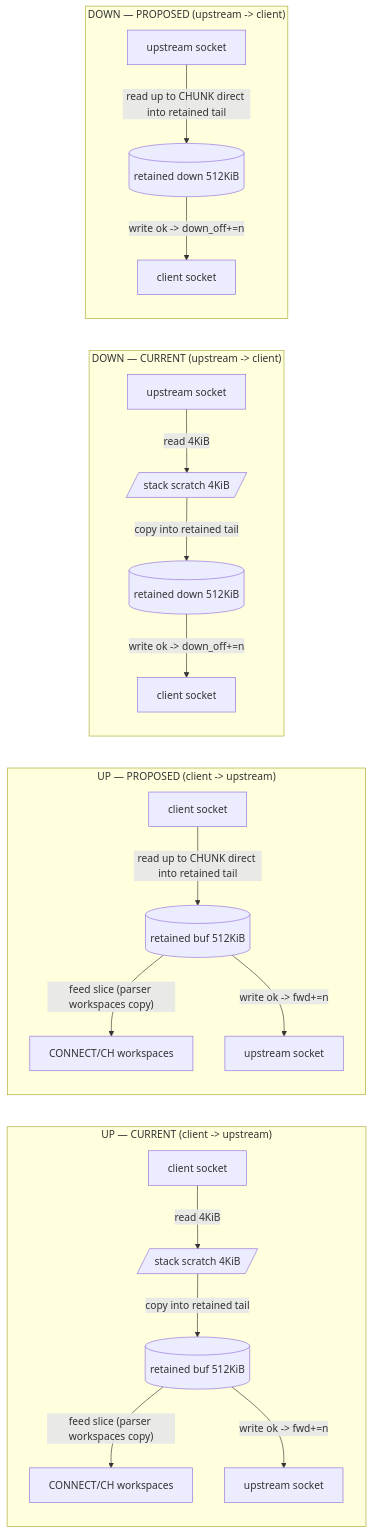
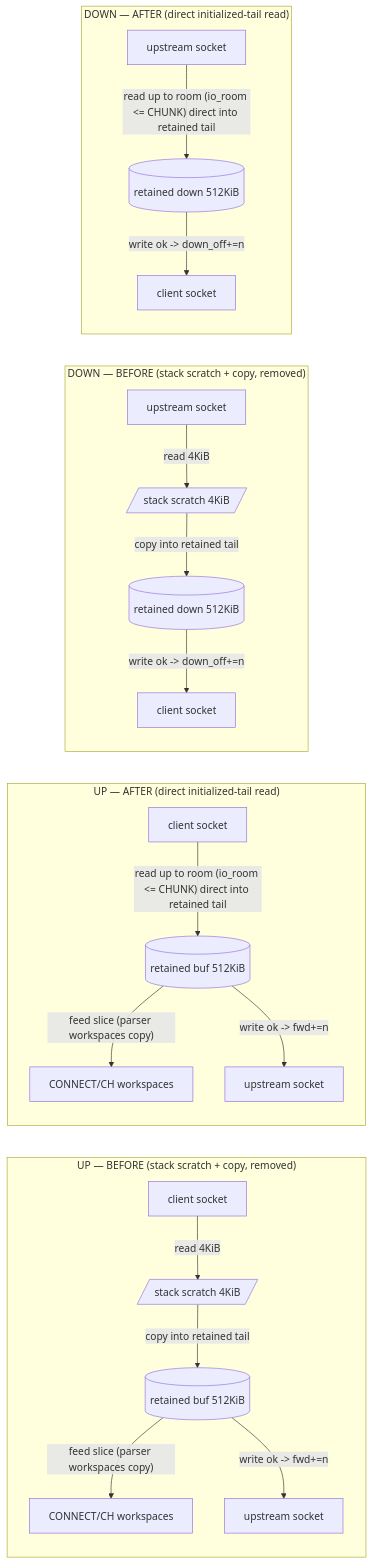
Before and after one commit to acje/alumina: the diagram in docs/reduced-copy-relay-plan.md, drawn with Mermaid. The commit also changed other lines of this file and 2 other files, not shown here.

First line of the commit message:
serving/docs: implement direct initialized-tail reads and publish reduced-copy plan (vdpi.3)

````diff
--- a/docs/reduced-copy-relay-plan.md
+++ b/docs/reduced-copy-relay-plan.md
@@ -303,23 +329,23 @@
 ```mermaid
 flowchart LR
-    subgraph UpCurrent["UP — CURRENT (client -> upstream)"]
+    subgraph UpBefore["UP — BEFORE (stack scratch + copy, removed)"]
         C1[client socket] -- "read 4KiB" --> S1[/stack scratch 4KiB/]
         S1 -- "copy into retained tail" --> B1[(retained buf 512KiB)]
         B1 -- "feed slice (parser workspaces copy)" --> P1[CONNECT/CH workspaces]
         B1 -- "write ok -> fwd+=n" --> U1[upstream socket]
     end
-    subgraph UpProposed["UP — PROPOSED (client -> upstream)"]
-        C2[client socket] -- "read up to CHUNK direct into retained tail" --> B2[(retained buf 512KiB)]
+    subgraph UpAfter["UP — AFTER (direct initialized-tail read)"]
+        C2[client socket] -- "read up to room (io_room <= CHUNK) direct into retained tail" --> B2[(retained buf 512KiB)]
         B2 -- "feed slice (parser workspaces copy)" --> P2[CONNECT/CH workspaces]
         B2 -- "write ok -> fwd+=n" --> U2[upstream socket]
     end
-    subgraph DownCurrent["DOWN — CURRENT (upstream -> client)"]
+    subgraph DownBefore["DOWN — BEFORE (stack scratch + copy, removed)"]
         U3[upstream socket] -- "read 4KiB" --> S3[/stack scratch 4KiB/]
         S3 -- "copy into retained tail" --> B3[(retained down 512KiB)]
         B3 -- "write ok -> down_off+=n" --> C3[client socket]
     end
-    subgraph DownProposed["DOWN — PROPOSED (upstream -> client)"]
-        U4[upstream socket] -- "read up to CHUNK direct into retained tail" --> B4[(retained down 512KiB)]
+    subgraph DownAfter["DOWN — AFTER (direct initialized-tail read)"]
+        U4[upstream socket] -- "read up to room (io_room <= CHUNK) direct into retained tail" --> B4[(retained down 512KiB)]
         B4 -- "write ok -> down_off+=n" --> C4[client socket]
     end
 ```
````
